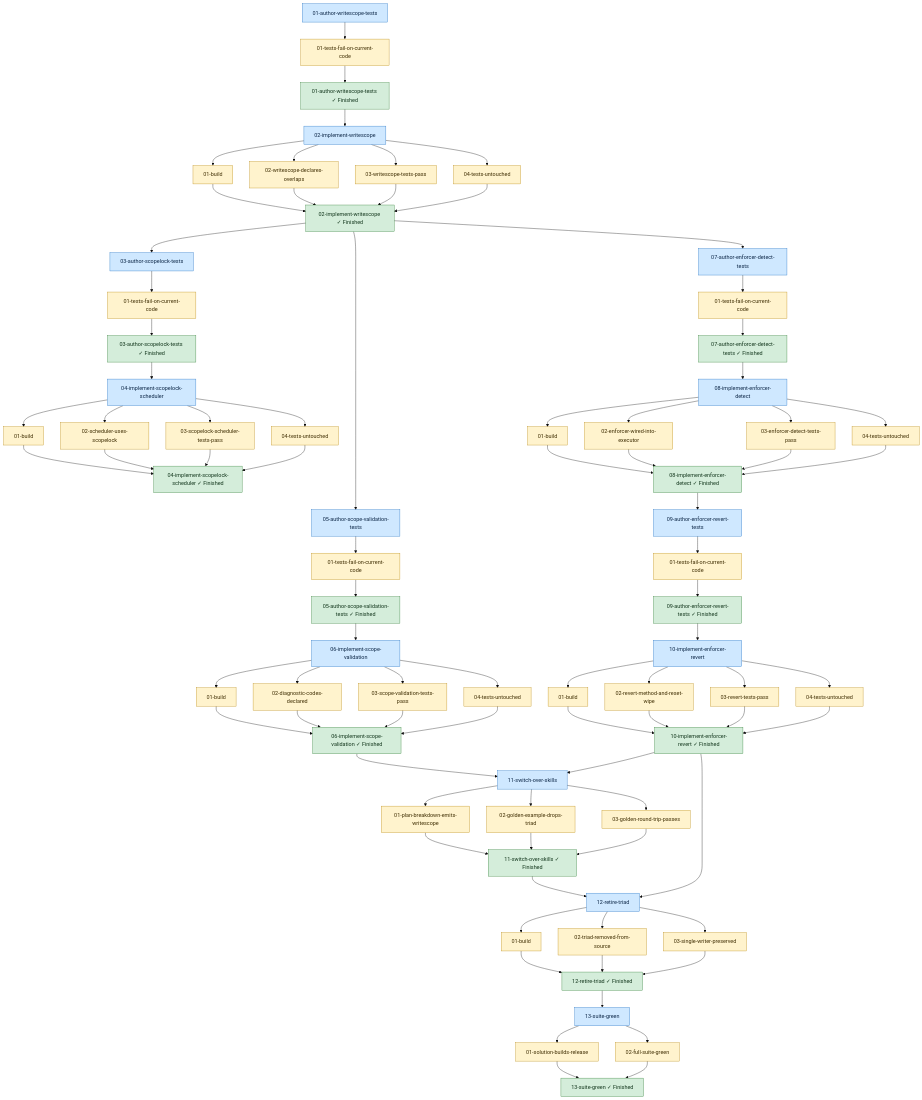
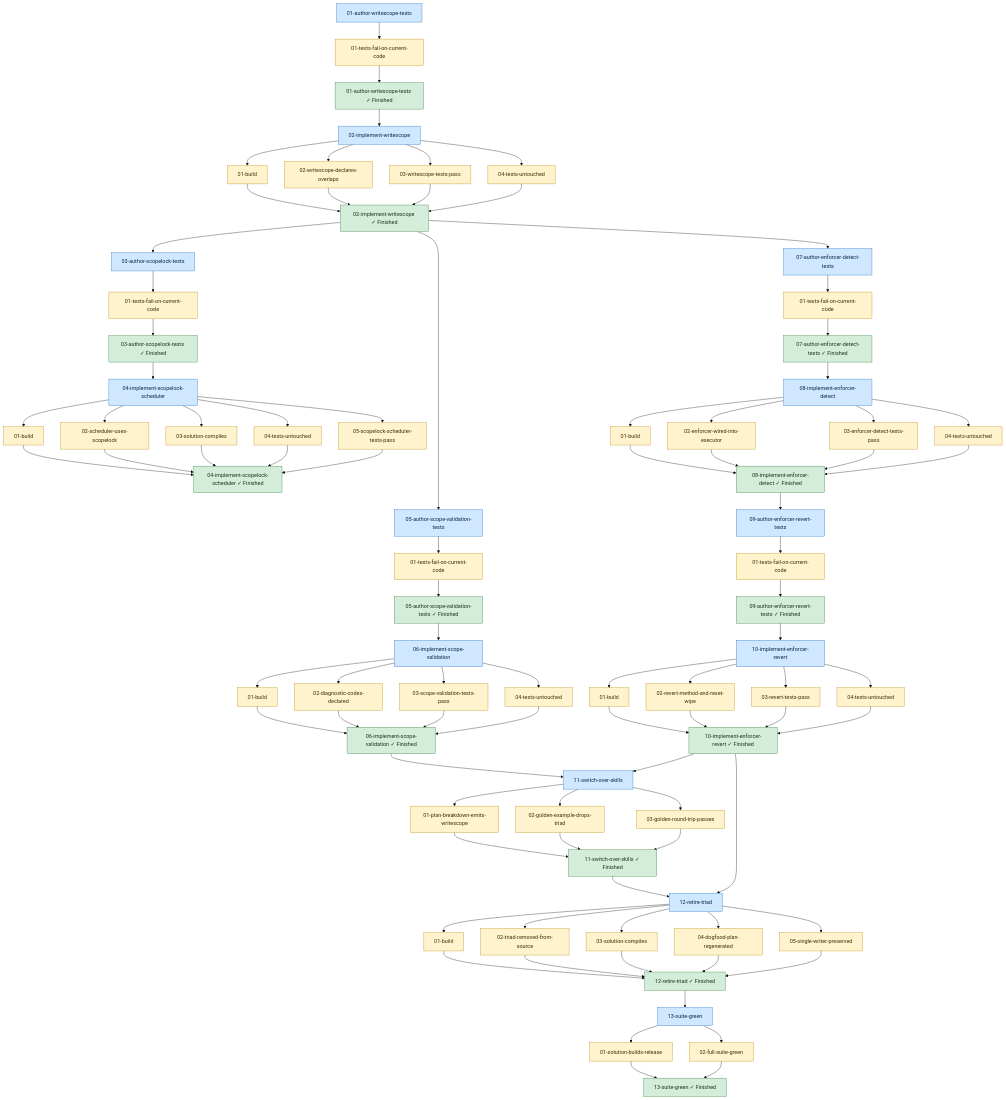
Before and after one commit to Servant-Software-LLC/Guardrails: the diagram in docs/plans/05-disjoint-scope-ownership/diagram.md, drawn with Mermaid (base theme). The commit also changed other lines of this file and 12 other files, not shown here.

```diff
--- a/docs/plans/05-disjoint-scope-ownership/diagram.md
+++ b/docs/plans/05-disjoint-scope-ownership/diagram.md
@@ -33,12 +33,15 @@
   gr_04_implement_scopelock_scheduler_1["02-scheduler-uses-scopelock"]:::guardrail
   task_04_implement_scopelock_scheduler --> gr_04_implement_scopelock_scheduler_1
   gr_04_implement_scopelock_scheduler_1 --> done_04_implement_scopelock_scheduler
-  gr_04_implement_scopelock_scheduler_2["03-scopelock-scheduler-tests-pass"]:::guardrail
+  gr_04_implement_scopelock_scheduler_2["03-solution-compiles"]:::guardrail
   task_04_implement_scopelock_scheduler --> gr_04_implement_scopelock_scheduler_2
   gr_04_implement_scopelock_scheduler_2 --> done_04_implement_scopelock_scheduler
   gr_04_implement_scopelock_scheduler_3["04-tests-untouched"]:::guardrail
   task_04_implement_scopelock_scheduler --> gr_04_implement_scopelock_scheduler_3
   gr_04_implement_scopelock_scheduler_3 --> done_04_implement_scopelock_scheduler
+  gr_04_implement_scopelock_scheduler_4["05-scopelock-scheduler-tests-pass"]:::guardrail
+  task_04_implement_scopelock_scheduler --> gr_04_implement_scopelock_scheduler_4
+  gr_04_implement_scopelock_scheduler_4 --> done_04_implement_scopelock_scheduler
   done_04_implement_scopelock_scheduler["04-implement-scopelock-scheduler ✓ Finished"]:::done
   task_05_author_scope_validation_tests["05-author-scope-validation-tests"]:::task
   gr_05_author_scope_validation_tests_0["01-tests-fail-on-current-code"]:::guardrail
@@ -115,9 +118,15 @@
   gr_12_retire_triad_1["02-triad-removed-from-source"]:::guardrail
   task_12_retire_triad --> gr_12_retire_triad_1
   gr_12_retire_triad_1 --> done_12_retire_triad
-  gr_12_retire_triad_2["03-single-writer-preserved"]:::guardrail
+  gr_12_retire_triad_2["03-solution-compiles"]:::guardrail
   task_12_retire_triad --> gr_12_retire_triad_2
   gr_12_retire_triad_2 --> done_12_retire_triad
+  gr_12_retire_triad_3["04-dogfood-plan-regenerated"]:::guardrail
+  task_12_retire_triad --> gr_12_retire_triad_3
+  gr_12_retire_triad_3 --> done_12_retire_triad
+  gr_12_retire_triad_4["05-single-writer-preserved"]:::guardrail
+  task_12_retire_triad --> gr_12_retire_triad_4
+  gr_12_retire_triad_4 --> done_12_retire_triad
   done_12_retire_triad["12-retire-triad ✓ Finished"]:::done
   task_13_suite_green["13-suite-green"]:::task
   gr_13_suite_green_0["01-solution-builds-release"]:::guardrail
```
